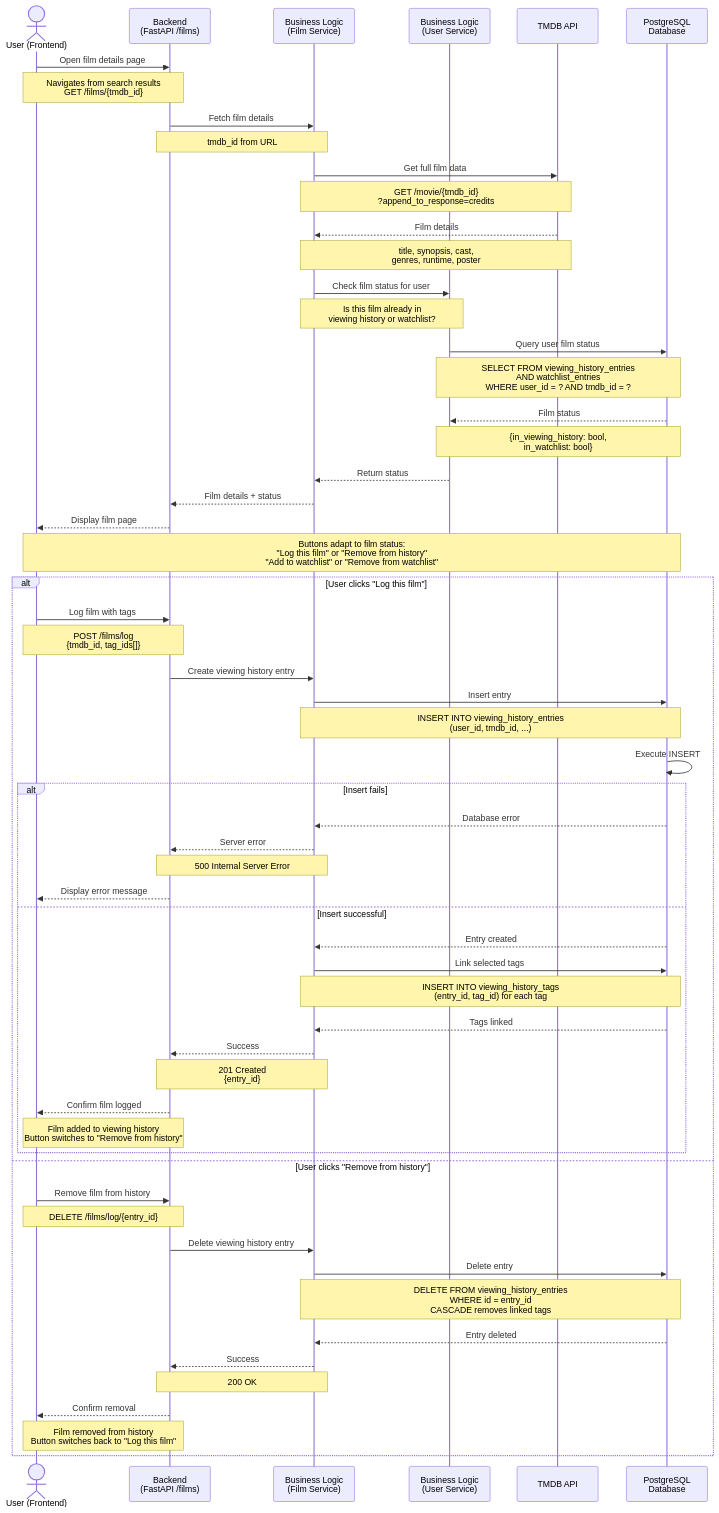
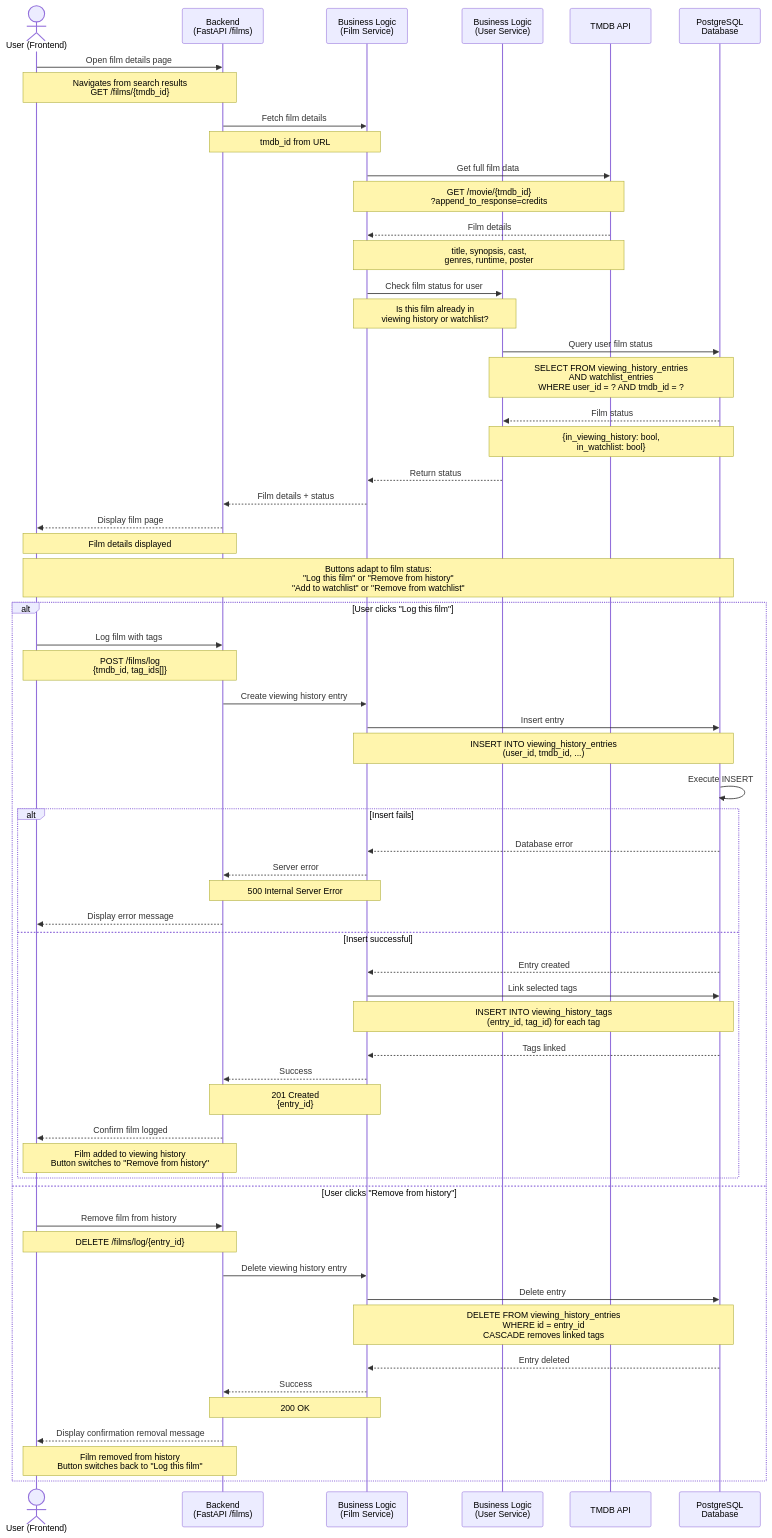
Before and after one commit to FelixBesancon/holbertonschool-CineMood: the fourth of 5 diagrams in docs/SequenceDiagrams.md, drawn with Mermaid. The commit also changed other lines of this file, not shown here.

First line of the commit message:
Clarify actor roles and add recommendation flow

````diff
--- a/docs/SequenceDiagrams.md
+++ b/docs/SequenceDiagrams.md
@@ -265,77 +265,78 @@
 ```mermaid
 sequenceDiagram
     actor User as User (Frontend)
     participant Back as Backend<br>(FastAPI /films)
     participant BLF as Business Logic<br>(Film Service)
     participant BLU as Business Logic<br>(User Service)
     participant API as TMDB API
     participant DB as PostgreSQL<br>Database
 
     User->>Back: Open film details page
     Note over User,Back: Navigates from search results<br>GET /films/{tmdb_id}
 
     Back->>BLF: Fetch film details
     Note over Back,BLF: tmdb_id from URL
 
     BLF->>API: Get full film data
     Note over BLF,API: GET /movie/{tmdb_id}<br>?append_to_response=credits
 
     API-->>BLF: Film details
     Note over API,BLF: title, synopsis, cast,<br>genres, runtime, poster
 
     BLF->>BLU: Check film status for user
     Note over BLF,BLU: Is this film already in<br>viewing history or watchlist?
 
     BLU->>DB: Query user film status
     Note over BLU,DB: SELECT FROM viewing_history_entries<br>AND watchlist_entries<br>WHERE user_id = ? AND tmdb_id = ?
 
     DB-->>BLU: Film status
     Note over DB,BLU: {in_viewing_history: bool,<br>in_watchlist: bool}
 
     BLU-->>BLF: Return status
     BLF-->>Back: Film details + status
     Back-->>User: Display film page
+    Note over Back,User: Film details displayed
     Note over DB,User: Buttons adapt to film status:<br>"Log this film" or "Remove from history"<br>"Add to watchlist" or "Remove from watchlist"
 
     alt User clicks "Log this film"
         User->>Back: Log film with tags
         Note over User,Back: POST /films/log<br>{tmdb_id, tag_ids[]}
 
         Back->>BLF: Create viewing history entry
         BLF->>DB: Insert entry
         Note over BLF,DB: INSERT INTO viewing_history_entries<br>(user_id, tmdb_id, ...)
 
         DB->>DB: Execute INSERT
 
         alt Insert fails
             DB-->>BLF: Database error
             BLF-->>Back: Server error
             Note over BLF,Back: 500 Internal Server Error
             Back-->>User: Display error message
 
         else Insert successful
             DB-->>BLF: Entry created
             BLF->>DB: Link selected tags
             Note over BLF,DB: INSERT INTO viewing_history_tags<br>(entry_id, tag_id) for each tag
             DB-->>BLF: Tags linked
             BLF-->>Back: Success
             Note over BLF,Back: 201 Created<br>{entry_id}
             Back-->>User: Confirm film logged
             Note over Back,User: Film added to viewing history<br>Button switches to "Remove from history"
         end
 
     else User clicks "Remove from history"
         User->>Back: Remove film from history
         Note over User,Back: DELETE /films/log/{entry_id}
 
         Back->>BLF: Delete viewing history entry
         BLF->>DB: Delete entry
         Note over BLF,DB: DELETE FROM viewing_history_entries<br>WHERE id = entry_id<br>CASCADE removes linked tags
 
         DB-->>BLF: Entry deleted
         BLF-->>Back: Success
         Note over BLF,Back: 200 OK
-        Back-->>User: Confirm removal
+        Back-->>User: Display confirmation removal message
         Note over Back,User: Film removed from history<br>Button switches back to "Log this film"
     end
 ```
````
